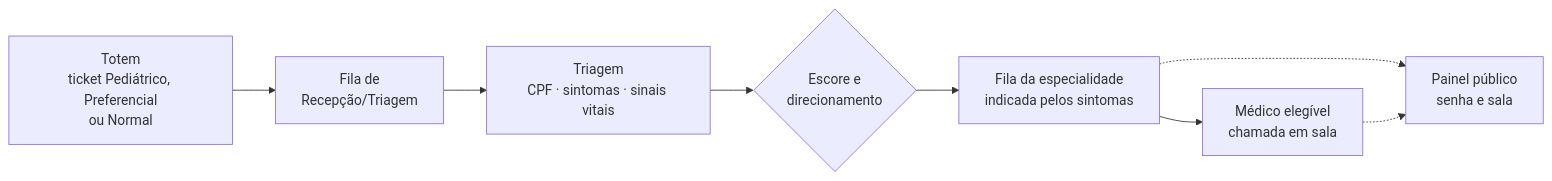
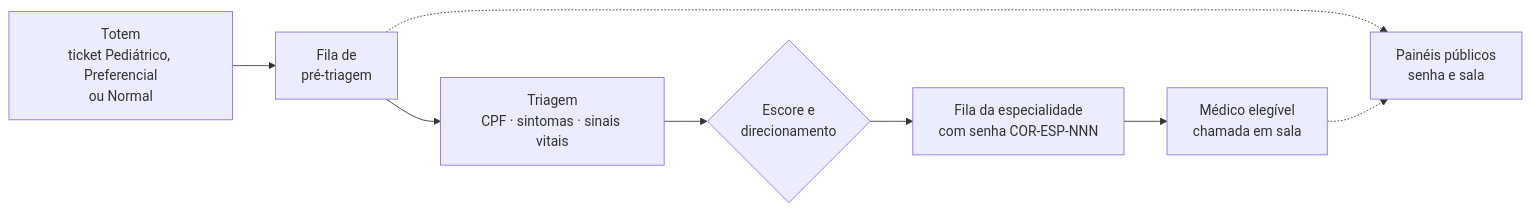
Before and after one commit to leonardo-sferreira/ps-fila-prioritaria: the first of 2 diagrams in README.md, drawn with Mermaid. The commit also changed other lines of this file and 12 other files, not shown here.

````diff
--- a/README.md
+++ b/README.md
@@ -38,10 +105,10 @@
 ```mermaid
 flowchart LR
-    A[Totem<br/>ticket Pediátrico, Preferencial<br/>ou Normal] --> B[Fila de<br/>Recepção/Triagem]
+    A[Totem<br/>ticket Pediátrico, Preferencial<br/>ou Normal] --> B[Fila de<br/>pré-triagem]
     B --> C[Triagem<br/>CPF · sintomas · sinais vitais]
     C --> D{Escore e<br/>direcionamento}
-    D --> E[Fila da especialidade<br/>indicada pelos sintomas]
+    D --> E[Fila da especialidade<br/>com senha COR-ESP-NNN]
     E --> F[Médico elegível<br/>chamada em sala]
-    E -.-> G[Painel público<br/>senha e sala]
+    B -.-> G[Painéis públicos<br/>senha e sala]
     F -.-> G
 ```
````
